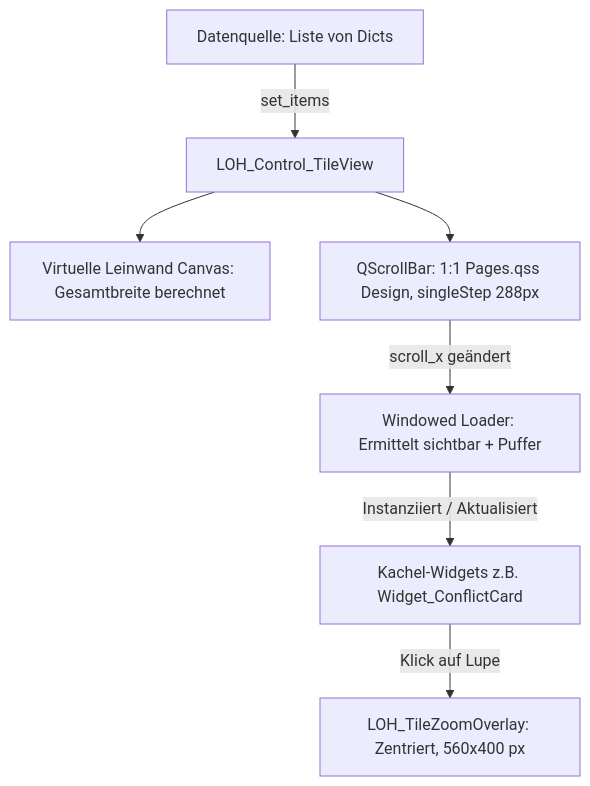
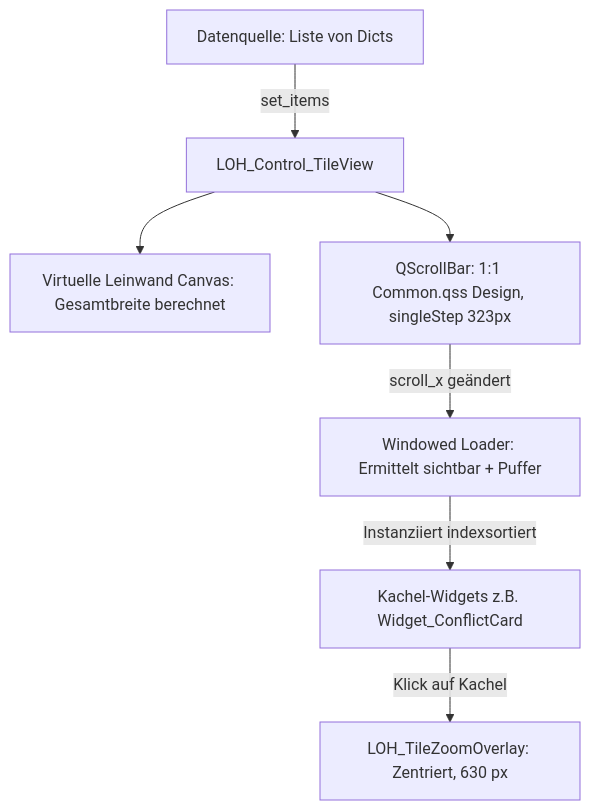
One commit to Looking4Git/Starfield_LOH changed the diagram in Documentation/LOH_Control_TileView_Documentation.md. Above: the diagram before and after it, drawn with Mermaid. The commit also changed other lines of this file and 10 other files, not shown here.

First line of the commit message:
feat(ui): Kachel-UI-Theme Harmonisierung, QSS-Auslagerung und Virtualisierungs-Stabilisierung

````diff
--- a/Documentation/LOH_Control_TileView_Documentation.md
+++ b/Documentation/LOH_Control_TileView_Documentation.md
@@ -27,9 +28,9 @@
 ```mermaid
 graph TD
     A[Datenquelle: Liste von Dicts] -->|set_items| B[LOH_Control_TileView]
     B --> C[Virtuelle Leinwand Canvas: Gesamtbreite berechnet]
-    B --> D[QScrollBar: 1:1 Pages.qss Design, singleStep 288px]
+    B --> D[QScrollBar: 1:1 Common.qss Design, singleStep 323px]
     D -->|scroll_x geändert| E[Windowed Loader: Ermittelt sichtbar + Puffer]
-    E -->|Instanziiert / Aktualisiert| F[Kachel-Widgets z.B. Widget_ConflictCard]
-    F -->|Klick auf Lupe| G[LOH_TileZoomOverlay: Zentriert, 560x400 px]
+    E -->|Instanziiert indexsortiert| F[Kachel-Widgets z.B. Widget_ConflictCard]
+    F -->|Klick auf Kachel| G[LOH_TileZoomOverlay: Zentriert, 630 px]
 ```
````
